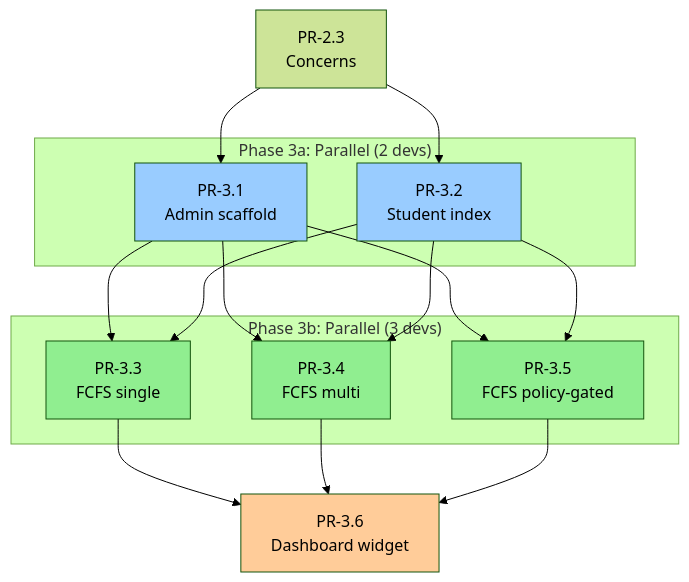
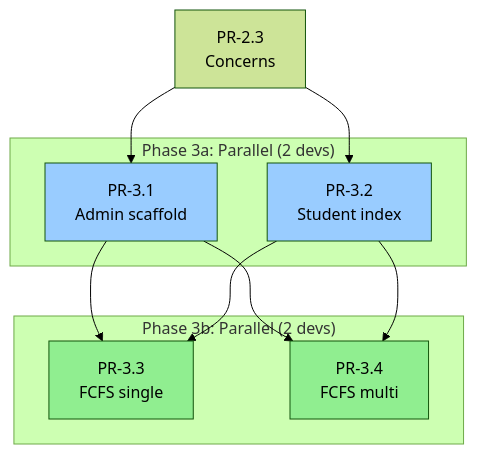
One commit to MaMpf-HD/mampf changed the second of 13 diagrams in architecture/src/features/parallelization.md. Above: the diagram before and after it, drawn with Mermaid (forest theme). The commit also changed other lines of this file and 12 other files, not shown here.

````diff
--- a/architecture/src/features/parallelization.md
+++ b/architecture/src/features/parallelization.md
@@ -97,36 +103,26 @@
 ```mermaid
 graph TD
     PR23[PR-2.3<br/>Concerns]
-    
+
     subgraph "Phase 3a: Parallel (2 devs)"
         PR31[PR-3.1<br/>Admin scaffold]
         PR32[PR-3.2<br/>Student index]
     end
-    
-    subgraph "Phase 3b: Parallel (3 devs)"
+
+    subgraph "Phase 3b: Parallel (2 devs)"
         PR33[PR-3.3<br/>FCFS single]
         PR34[PR-3.4<br/>FCFS multi]
-        PR35[PR-3.5<br/>FCFS policy-gated]
     end
-    
-    PR36[PR-3.6<br/>Dashboard widget]
-    
+
     PR23 --> PR31
     PR23 --> PR32
     PR31 --> PR33
     PR31 --> PR34
-    PR31 --> PR35
     PR32 --> PR33
     PR32 --> PR34
-    PR32 --> PR35
-    PR33 --> PR36
-    PR34 --> PR36
-    PR35 --> PR36
-    
+
     style PR31 fill:#99ccff
     style PR32 fill:#99ccff
     style PR33 fill:#90ee90
     style PR34 fill:#90ee90
-    style PR35 fill:#90ee90
-    style PR36 fill:#ffcc99
 ```
````
